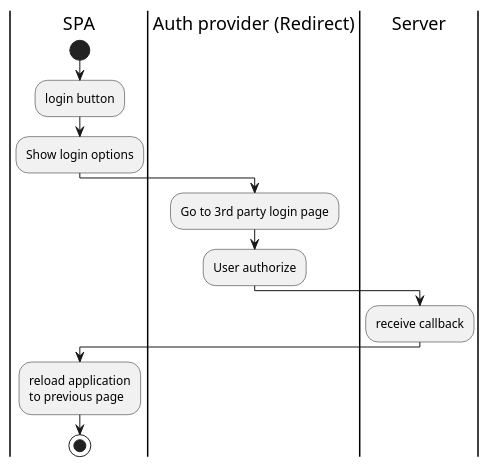
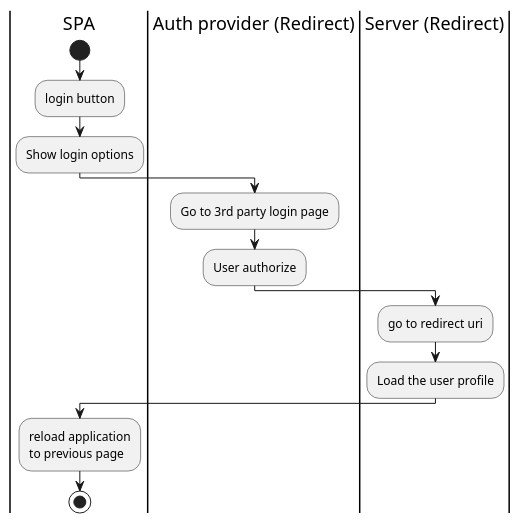
The diagram in document/traditional-web-login-activity.puml (sohoffice/seamless-login-demo), drawn with PlantUML before and after one commit. The commit also changed 6 other files, not shown here.

```diff
--- a/document/traditional-web-login-activity.puml
+++ b/document/traditional-web-login-activity.puml
@@ -1,15 +1,16 @@
 @startuml
 |SPA|
 start
 :login button;
 :Show login options;
 |Auth provider (Redirect)|
 :Go to 3rd party login page;
 :User authorize;
-|Server|
-:receive callback;
+|Server (Redirect)|
+:go to redirect uri;
+:Load the user profile;
 |SPA|
 :reload application
 to previous page;
 stop
 @enduml
```
